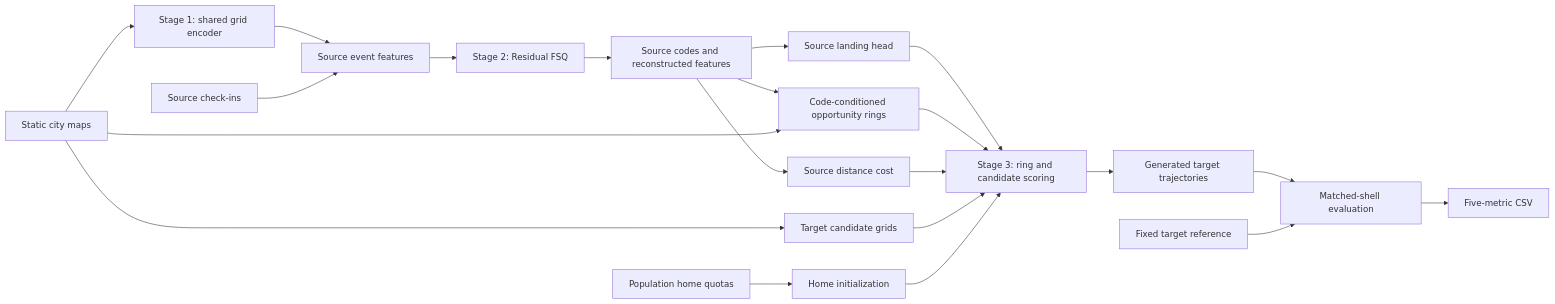
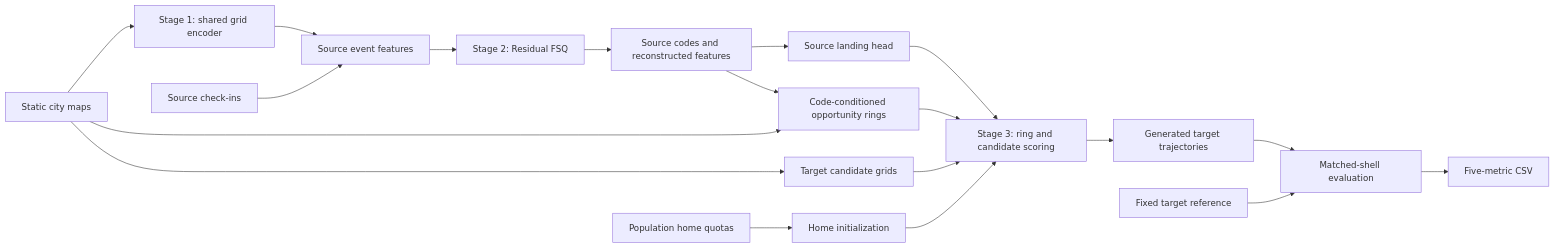
One commit to Jarvis-Ron/SHAPE changed the diagram in docs/code-map.md. Above: the diagram before and after it, drawn with Mermaid. The commit also changed other lines of this file and 41 other files, not shown here.

````diff
--- a/docs/code-map.md
+++ b/docs/code-map.md
@@ -6,23 +6,21 @@
 ```mermaid
 flowchart LR
   Static[Static city maps] --> M1[Stage 1: shared grid encoder]
   M1 --> Events[Source event features]
   Source[Source check-ins] --> Events
   Events --> M2[Stage 2: Residual FSQ]
   M2 --> Codes[Source codes and reconstructed features]
   Codes --> Head[Source landing head]
   Codes --> Semantics[Code-conditioned opportunity rings]
   Static --> Semantics
-  Codes --> Cost[Source distance cost]
   Static --> Candidate[Target candidate grids]
   Homes[Population home quotas] --> Init[Home initialization]
   Head --> Land[Stage 3: ring and candidate scoring]
   Semantics --> Land
-  Cost --> Land
   Candidate --> Land
   Init --> Land
   Land --> Pred[Generated target trajectories]
   Pred --> Eval[Matched-shell evaluation]
   Test[Fixed target reference] --> Eval
   Eval --> CSV[Five-metric CSV]
 ```
````
